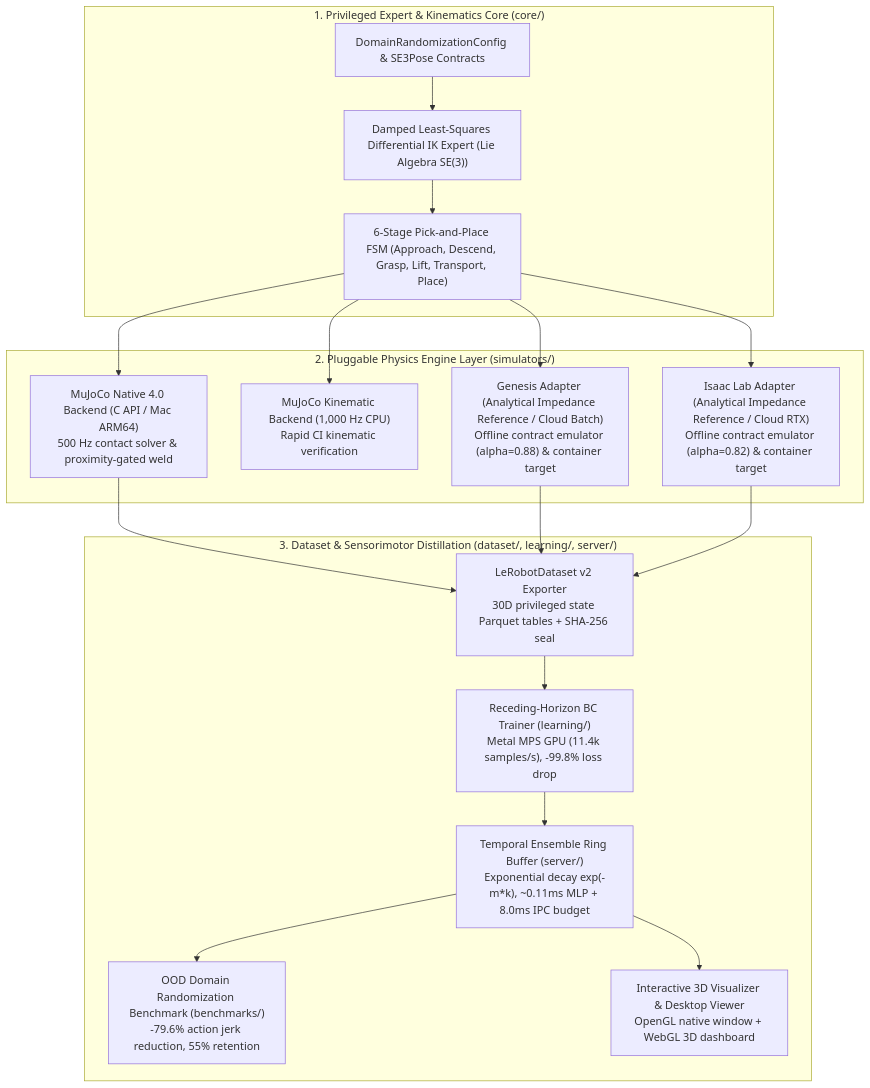
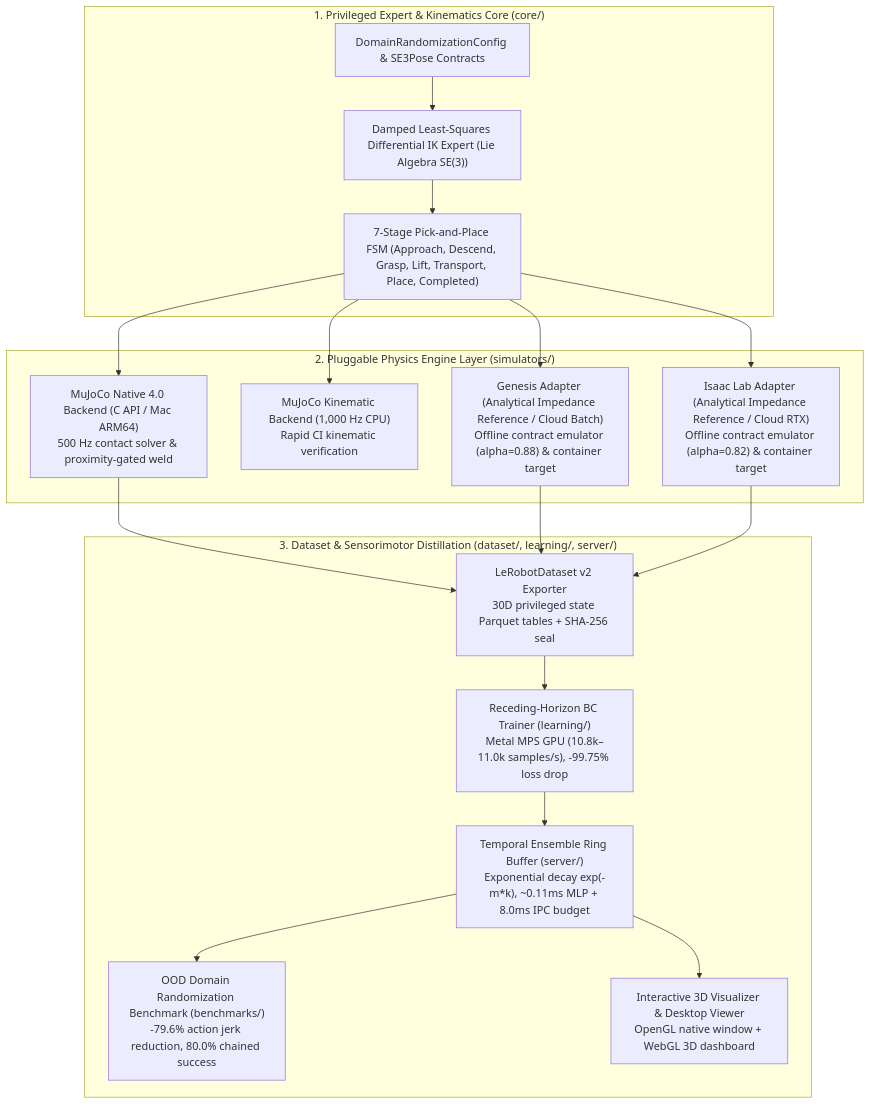
One commit to LeanoA/sim2real-data-engine changed the diagram in README.md. Above: the diagram before and after it, drawn with Mermaid. The commit also changed other lines of this file and 3 other files, not shown here.

````diff
--- a/README.md
+++ b/README.md
@@ -101,26 +101,26 @@
 ```mermaid
 flowchart TD
     subgraph Core["1. Privileged Expert & Kinematics Core (core/)"]
         CFG["DomainRandomizationConfig & SE3Pose Contracts"]
         IK["Damped Least-Squares Differential IK Expert (Lie Algebra SE(3))"]
-        FSM["6-Stage Pick-and-Place FSM (Approach, Descend, Grasp, Lift, Transport, Place)"]
+        FSM["7-Stage Pick-and-Place FSM (Approach, Descend, Grasp, Lift, Transport, Place, Completed)"]
         CFG --> IK --> FSM
     end
 
     subgraph Backends["2. Pluggable Physics Engine Layer (simulators/)"]
         MUJ_NAT["MuJoCo Native 4.0 Backend (C API / Mac ARM64)<br/>500 Hz contact solver & proximity-gated weld"]
         MUJ_KIN["MuJoCo Kinematic Backend (1,000 Hz CPU)<br/>Rapid CI kinematic verification"]
         GEN["Genesis Adapter (Analytical Impedance Reference / Cloud Batch)<br/>Offline contract emulator (alpha=0.88) & container target"]
         ISA["Isaac Lab Adapter (Analytical Impedance Reference / Cloud RTX)<br/>Offline contract emulator (alpha=0.82) & container target"]
         FSM --> MUJ_NAT & MUJ_KIN & GEN & ISA
     end
 
     subgraph Pipeline["3. Dataset & Sensorimotor Distillation (dataset/, learning/, server/)"]
         LER["LeRobotDataset v2 Exporter<br/>30D privileged state Parquet tables + SHA-256 seal"]
-        TRN["Receding-Horizon BC Trainer (learning/)<br/>Metal MPS GPU (11.4k samples/s), -99.8% loss drop"]
+        TRN["Receding-Horizon BC Trainer (learning/)<br/>Metal MPS GPU (10.8k–11.0k samples/s), -99.75% loss drop"]
         SRV["Temporal Ensemble Ring Buffer (server/)<br/>Exponential decay exp(-m*k), ~0.11ms MLP + 8.0ms IPC budget"]
-        OOD["OOD Domain Randomization Benchmark (benchmarks/)<br/>-79.6% action jerk reduction, 55% retention"]
+        OOD["OOD Domain Randomization Benchmark (benchmarks/)<br/>-79.6% action jerk reduction, 80.0% chained success"]
         VIS["Interactive 3D Visualizer & Desktop Viewer<br/>OpenGL native window + WebGL 3D dashboard"]
         MUJ_NAT & GEN & ISA --> LER --> TRN --> SRV --> OOD & VIS
     end
 ```
````
